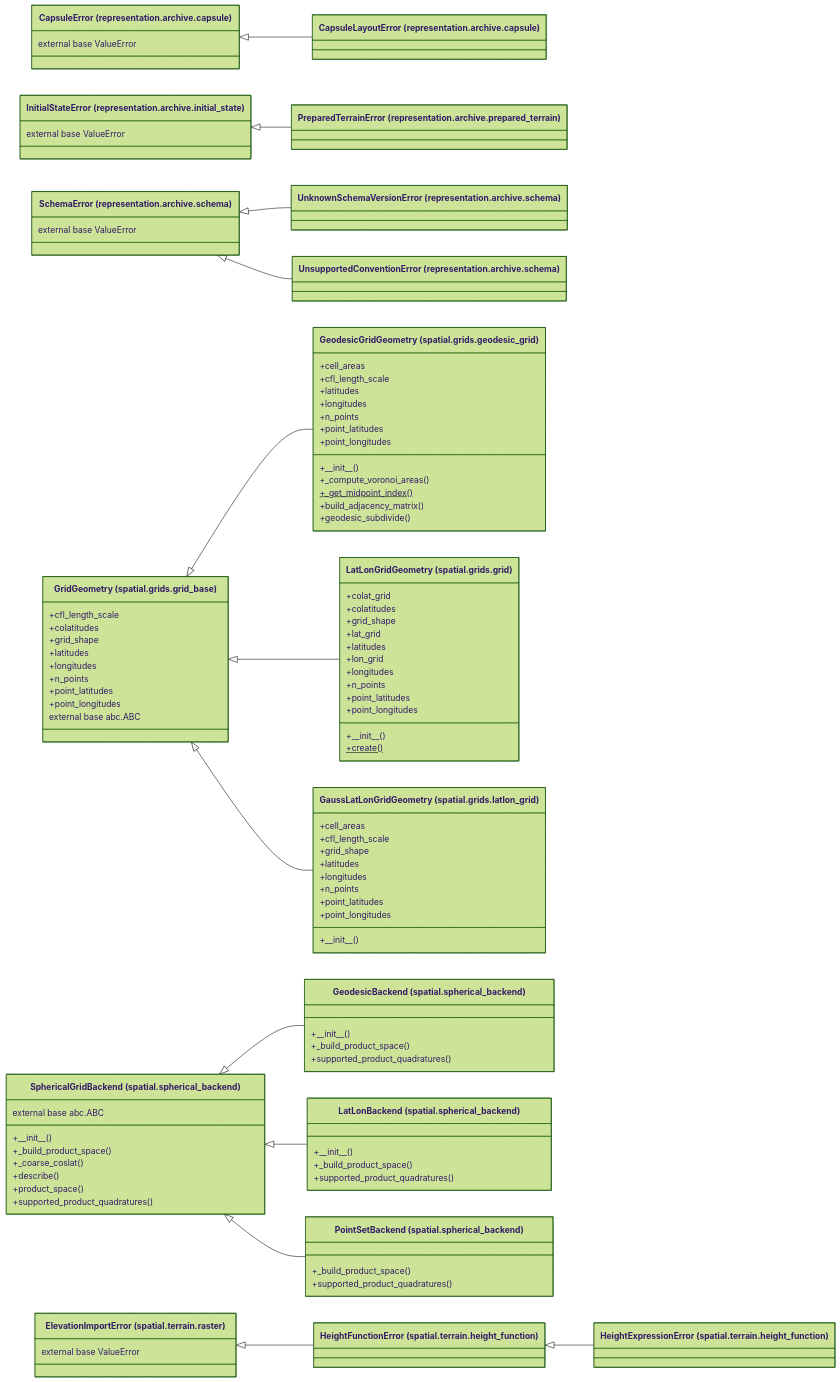
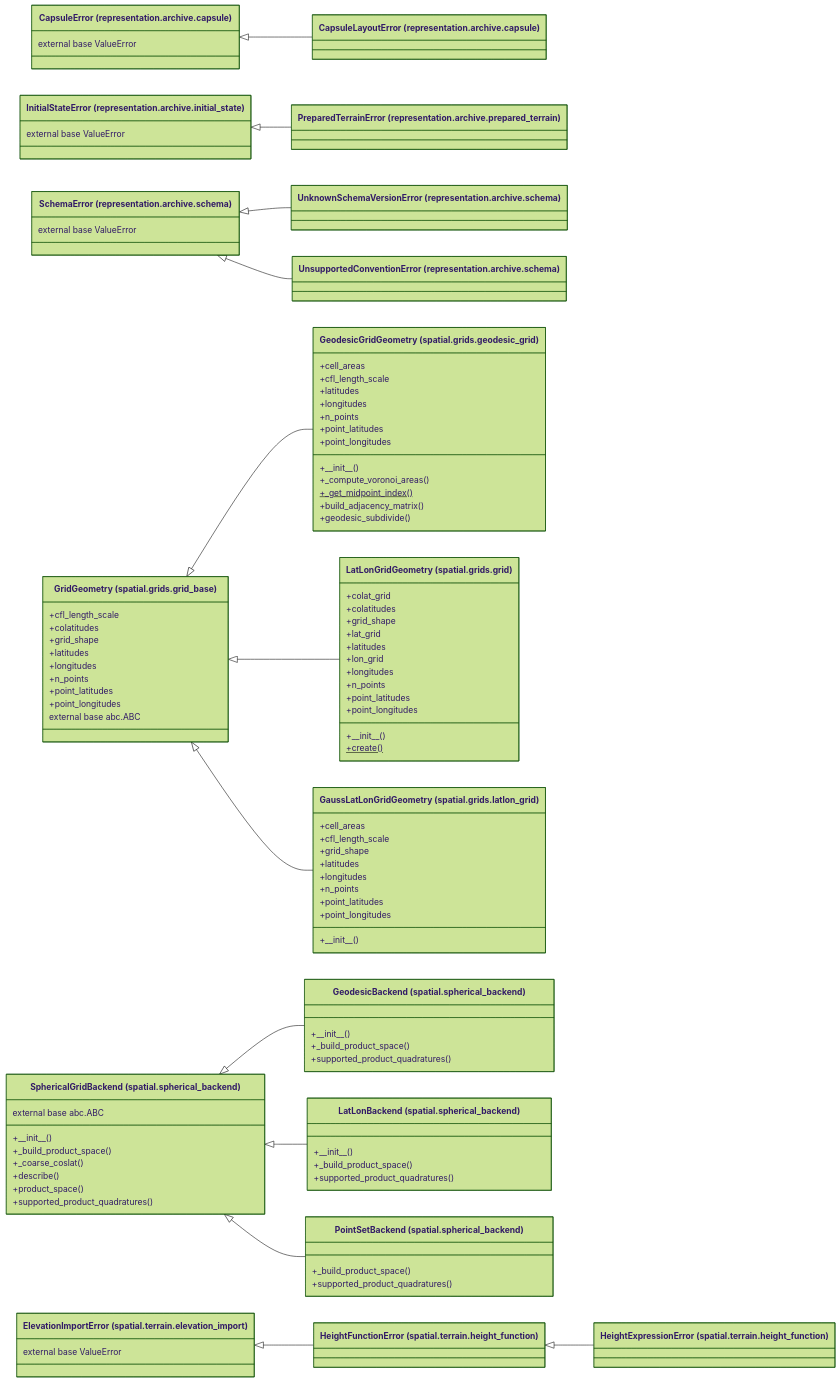
Before and after one commit to AlexandreEros/Palintropos: the diagram in docs/architecture/current/classes.mmd, drawn with Mermaid (forest theme). The commit also changed 10 other files, not shown here.

Commit message:
docs(architecture): refresh the current snapshot (terrain import cycle removed)

```diff
--- a/docs/architecture/current/classes.mmd
+++ b/docs/architecture/current/classes.mmd
@@ -1,95 +1,95 @@
 %% Generated by tools.architecture 1.0.0. Do not edit by hand.
 %% Classes that take part in an inheritance edge between analysed classes, with the functions defined in each class body.
 classDiagram
     direction LR
     class c_tropoi_orepresentation_oarchive_ocapsule_oCapsuleError["CapsuleError (representation.archive.capsule)"]
     c_tropoi_orepresentation_oarchive_ocapsule_oCapsuleError : external base ValueError
     class c_tropoi_orepresentation_oarchive_ocapsule_oCapsuleLayoutError["CapsuleLayoutError (representation.archive.capsule)"]
     class c_tropoi_orepresentation_oarchive_oinitial__state_oInitialStateError["InitialStateError (representation.archive.initial_state)"]
     c_tropoi_orepresentation_oarchive_oinitial__state_oInitialStateError : external base ValueError
     class c_tropoi_orepresentation_oarchive_oprepared__terrain_oPreparedTerrainError["PreparedTerrainError (representation.archive.prepared_terrain)"]
     class c_tropoi_orepresentation_oarchive_oschema_oSchemaError["SchemaError (representation.archive.schema)"]
     c_tropoi_orepresentation_oarchive_oschema_oSchemaError : external base ValueError
     class c_tropoi_orepresentation_oarchive_oschema_oUnknownSchemaVersionError["UnknownSchemaVersionError (representation.archive.schema)"]
     class c_tropoi_orepresentation_oarchive_oschema_oUnsupportedConventionError["UnsupportedConventionError (representation.archive.schema)"]
     class c_tropoi_ospatial_ogrids_ogeodesic__grid_oGeodesicGridGeometry["GeodesicGridGeometry (spatial.grids.geodesic_grid)"]
     c_tropoi_ospatial_ogrids_ogeodesic__grid_oGeodesicGridGeometry : +#95;#95;init#95;#95;()
     c_tropoi_ospatial_ogrids_ogeodesic__grid_oGeodesicGridGeometry : +#95;compute#95;voronoi#95;areas()
     c_tropoi_ospatial_ogrids_ogeodesic__grid_oGeodesicGridGeometry : +#95;get#95;midpoint#95;index()$
     c_tropoi_ospatial_ogrids_ogeodesic__grid_oGeodesicGridGeometry : +build#95;adjacency#95;matrix()
     c_tropoi_ospatial_ogrids_ogeodesic__grid_oGeodesicGridGeometry : +cell#95;areas
     c_tropoi_ospatial_ogrids_ogeodesic__grid_oGeodesicGridGeometry : +cfl#95;length#95;scale
     c_tropoi_ospatial_ogrids_ogeodesic__grid_oGeodesicGridGeometry : +geodesic#95;subdivide()
     c_tropoi_ospatial_ogrids_ogeodesic__grid_oGeodesicGridGeometry : +latitudes
     c_tropoi_ospatial_ogrids_ogeodesic__grid_oGeodesicGridGeometry : +longitudes
     c_tropoi_ospatial_ogrids_ogeodesic__grid_oGeodesicGridGeometry : +n#95;points
     c_tropoi_ospatial_ogrids_ogeodesic__grid_oGeodesicGridGeometry : +point#95;latitudes
     c_tropoi_ospatial_ogrids_ogeodesic__grid_oGeodesicGridGeometry : +point#95;longitudes
     class c_tropoi_ospatial_ogrids_ogrid_oLatLonGridGeometry["LatLonGridGeometry (spatial.grids.grid)"]
     c_tropoi_ospatial_ogrids_ogrid_oLatLonGridGeometry : +#95;#95;init#95;#95;()
     c_tropoi_ospatial_ogrids_ogrid_oLatLonGridGeometry : +colat#95;grid
     c_tropoi_ospatial_ogrids_ogrid_oLatLonGridGeometry : +colatitudes
     c_tropoi_ospatial_ogrids_ogrid_oLatLonGridGeometry : +create()$
     c_tropoi_ospatial_ogrids_ogrid_oLatLonGridGeometry : +grid#95;shape
     c_tropoi_ospatial_ogrids_ogrid_oLatLonGridGeometry : +lat#95;grid
     c_tropoi_ospatial_ogrids_ogrid_oLatLonGridGeometry : +latitudes
     c_tropoi_ospatial_ogrids_ogrid_oLatLonGridGeometry : +lon#95;grid
     c_tropoi_ospatial_ogrids_ogrid_oLatLonGridGeometry : +longitudes
     c_tropoi_ospatial_ogrids_ogrid_oLatLonGridGeometry : +n#95;points
     c_tropoi_ospatial_ogrids_ogrid_oLatLonGridGeometry : +point#95;latitudes
     c_tropoi_ospatial_ogrids_ogrid_oLatLonGridGeometry : +point#95;longitudes
     class c_tropoi_ospatial_ogrids_ogrid__base_oGridGeometry["GridGeometry (spatial.grids.grid_base)"]
     c_tropoi_ospatial_ogrids_ogrid__base_oGridGeometry : +cfl#95;length#95;scale
     c_tropoi_ospatial_ogrids_ogrid__base_oGridGeometry : +colatitudes
     c_tropoi_ospatial_ogrids_ogrid__base_oGridGeometry : +grid#95;shape
     c_tropoi_ospatial_ogrids_ogrid__base_oGridGeometry : +latitudes
     c_tropoi_ospatial_ogrids_ogrid__base_oGridGeometry : +longitudes
     c_tropoi_ospatial_ogrids_ogrid__base_oGridGeometry : +n#95;points
     c_tropoi_ospatial_ogrids_ogrid__base_oGridGeometry : +point#95;latitudes
     c_tropoi_ospatial_ogrids_ogrid__base_oGridGeometry : +point#95;longitudes
     c_tropoi_ospatial_ogrids_ogrid__base_oGridGeometry : external base abc.ABC
     class c_tropoi_ospatial_ogrids_olatlon__grid_oGaussLatLonGridGeometry["GaussLatLonGridGeometry (spatial.grids.latlon_grid)"]
     c_tropoi_ospatial_ogrids_olatlon__grid_oGaussLatLonGridGeometry : +#95;#95;init#95;#95;()
     c_tropoi_ospatial_ogrids_olatlon__grid_oGaussLatLonGridGeometry : +cell#95;areas
     c_tropoi_ospatial_ogrids_olatlon__grid_oGaussLatLonGridGeometry : +cfl#95;length#95;scale
     c_tropoi_ospatial_ogrids_olatlon__grid_oGaussLatLonGridGeometry : +grid#95;shape
     c_tropoi_ospatial_ogrids_olatlon__grid_oGaussLatLonGridGeometry : +latitudes
     c_tropoi_ospatial_ogrids_olatlon__grid_oGaussLatLonGridGeometry : +longitudes
     c_tropoi_ospatial_ogrids_olatlon__grid_oGaussLatLonGridGeometry : +n#95;points
     c_tropoi_ospatial_ogrids_olatlon__grid_oGaussLatLonGridGeometry : +point#95;latitudes
     c_tropoi_ospatial_ogrids_olatlon__grid_oGaussLatLonGridGeometry : +point#95;longitudes
     class c_tropoi_ospatial_ospherical__backend_oGeodesicBackend["GeodesicBackend (spatial.spherical_backend)"]
     c_tropoi_ospatial_ospherical__backend_oGeodesicBackend : +#95;#95;init#95;#95;()
     c_tropoi_ospatial_ospherical__backend_oGeodesicBackend : +#95;build#95;product#95;space()
     c_tropoi_ospatial_ospherical__backend_oGeodesicBackend : +supported#95;product#95;quadratures()
     class c_tropoi_ospatial_ospherical__backend_oLatLonBackend["LatLonBackend (spatial.spherical_backend)"]
     c_tropoi_ospatial_ospherical__backend_oLatLonBackend : +#95;#95;init#95;#95;()
     c_tropoi_ospatial_ospherical__backend_oLatLonBackend : +#95;build#95;product#95;space()
     c_tropoi_ospatial_ospherical__backend_oLatLonBackend : +supported#95;product#95;quadratures()
     class c_tropoi_ospatial_ospherical__backend_oPointSetBackend["PointSetBackend (spatial.spherical_backend)"]
     c_tropoi_ospatial_ospherical__backend_oPointSetBackend : +#95;build#95;product#95;space()
     c_tropoi_ospatial_ospherical__backend_oPointSetBackend : +supported#95;product#95;quadratures()
     class c_tropoi_ospatial_ospherical__backend_oSphericalGridBackend["SphericalGridBackend (spatial.spherical_backend)"]
     c_tropoi_ospatial_ospherical__backend_oSphericalGridBackend : +#95;#95;init#95;#95;()
     c_tropoi_ospatial_ospherical__backend_oSphericalGridBackend : +#95;build#95;product#95;space()
     c_tropoi_ospatial_ospherical__backend_oSphericalGridBackend : +#95;coarse#95;coslat()
     c_tropoi_ospatial_ospherical__backend_oSphericalGridBackend : +describe()
     c_tropoi_ospatial_ospherical__backend_oSphericalGridBackend : +product#95;space()
     c_tropoi_ospatial_ospherical__backend_oSphericalGridBackend : +supported#95;product#95;quadratures()
     c_tropoi_ospatial_ospherical__backend_oSphericalGridBackend : external base abc.ABC
+    class c_tropoi_ospatial_oterrain_oelevation__import_oElevationImportError["ElevationImportError (spatial.terrain.elevation_import)"]
+    c_tropoi_ospatial_oterrain_oelevation__import_oElevationImportError : external base ValueError
     class c_tropoi_ospatial_oterrain_oheight__function_oHeightExpressionError["HeightExpressionError (spatial.terrain.height_function)"]
     class c_tropoi_ospatial_oterrain_oheight__function_oHeightFunctionError["HeightFunctionError (spatial.terrain.height_function)"]
-    class c_tropoi_ospatial_oterrain_oraster_oElevationImportError["ElevationImportError (spatial.terrain.raster)"]
-    c_tropoi_ospatial_oterrain_oraster_oElevationImportError : external base ValueError
     c_tropoi_orepresentation_oarchive_ocapsule_oCapsuleError <|-- c_tropoi_orepresentation_oarchive_ocapsule_oCapsuleLayoutError
     c_tropoi_orepresentation_oarchive_oinitial__state_oInitialStateError <|-- c_tropoi_orepresentation_oarchive_oprepared__terrain_oPreparedTerrainError
     c_tropoi_orepresentation_oarchive_oschema_oSchemaError <|-- c_tropoi_orepresentation_oarchive_oschema_oUnknownSchemaVersionError
     c_tropoi_orepresentation_oarchive_oschema_oSchemaError <|-- c_tropoi_orepresentation_oarchive_oschema_oUnsupportedConventionError
     c_tropoi_ospatial_ogrids_ogrid__base_oGridGeometry <|-- c_tropoi_ospatial_ogrids_ogeodesic__grid_oGeodesicGridGeometry
     c_tropoi_ospatial_ogrids_ogrid__base_oGridGeometry <|-- c_tropoi_ospatial_ogrids_ogrid_oLatLonGridGeometry
     c_tropoi_ospatial_ogrids_ogrid__base_oGridGeometry <|-- c_tropoi_ospatial_ogrids_olatlon__grid_oGaussLatLonGridGeometry
     c_tropoi_ospatial_ospherical__backend_oSphericalGridBackend <|-- c_tropoi_ospatial_ospherical__backend_oGeodesicBackend
     c_tropoi_ospatial_ospherical__backend_oSphericalGridBackend <|-- c_tropoi_ospatial_ospherical__backend_oLatLonBackend
     c_tropoi_ospatial_ospherical__backend_oSphericalGridBackend <|-- c_tropoi_ospatial_ospherical__backend_oPointSetBackend
     c_tropoi_ospatial_oterrain_oheight__function_oHeightFunctionError <|-- c_tropoi_ospatial_oterrain_oheight__function_oHeightExpressionError
-    c_tropoi_ospatial_oterrain_oraster_oElevationImportError <|-- c_tropoi_ospatial_oterrain_oheight__function_oHeightFunctionError
+    c_tropoi_ospatial_oterrain_oelevation__import_oElevationImportError <|-- c_tropoi_ospatial_oterrain_oheight__function_oHeightFunctionError
```
